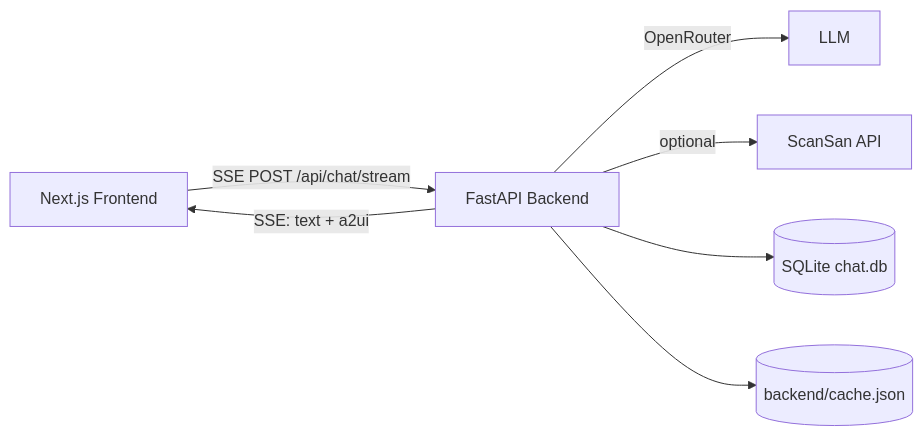
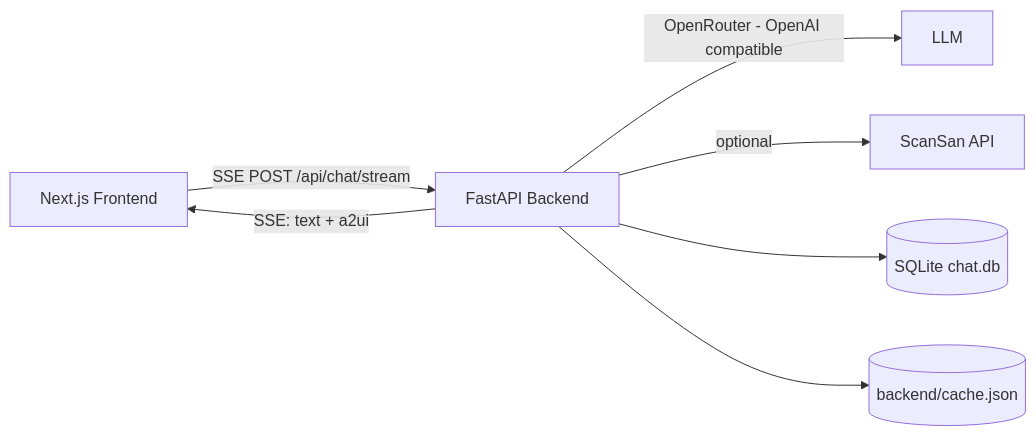
The first of 4 diagrams in README.md (anshulyadav1976/JARZ-AI), drawn with Mermaid before and after one commit. The commit also changed other lines of this file, not shown here.

````diff
--- a/README.md
+++ b/README.md
@@ -7,9 +7,9 @@
 ```mermaid
 flowchart LR
   FE[Next.js Frontend] -->|SSE POST /api/chat/stream| BE[FastAPI Backend]
-  BE -->|OpenRouter| LLM[LLM]
+  BE -->|OpenRouter - OpenAI compatible| LLM[LLM]
   BE -->|optional| SS[ScanSan API]
   BE --> DB[(SQLite chat.db)]
   BE --> C[(backend/cache.json)]
   BE -->|SSE: text + a2ui| FE
 ```
````
